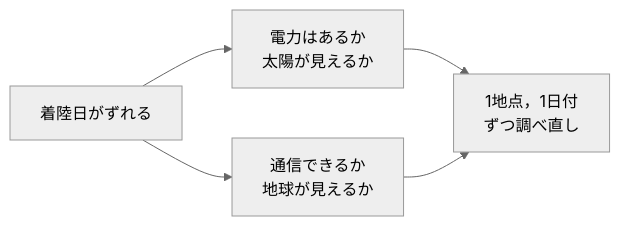
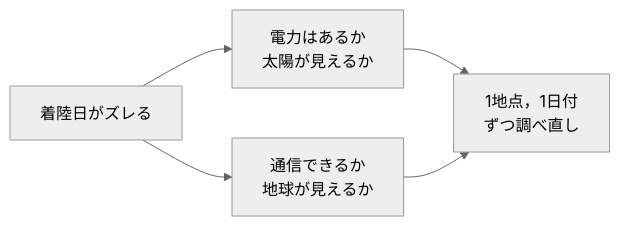
Before and after one commit to Atamol/Skimline: the first of 2 diagrams in slides/slides.md, drawn with Mermaid (neutral theme). The commit also changed other lines of this file and 1 other file, not shown here.

````diff
--- a/slides/slides.md
+++ b/slides/slides.md
@@ -20,7 +20,7 @@
 ```mermaid {theme: 'dark', scale: 0.95}
 flowchart LR
-  A[着陸日がずれる] --> B[電力はあるか<br>太陽が見えるか]
+  A[着陸日がズレる] --> B[電力はあるか<br>太陽が見えるか]
   A --> C[通信できるか<br>地球が見えるか]
   B --> D[1地点，1日付<br>ずつ調べ直し]
   C --> D
 ```
````
